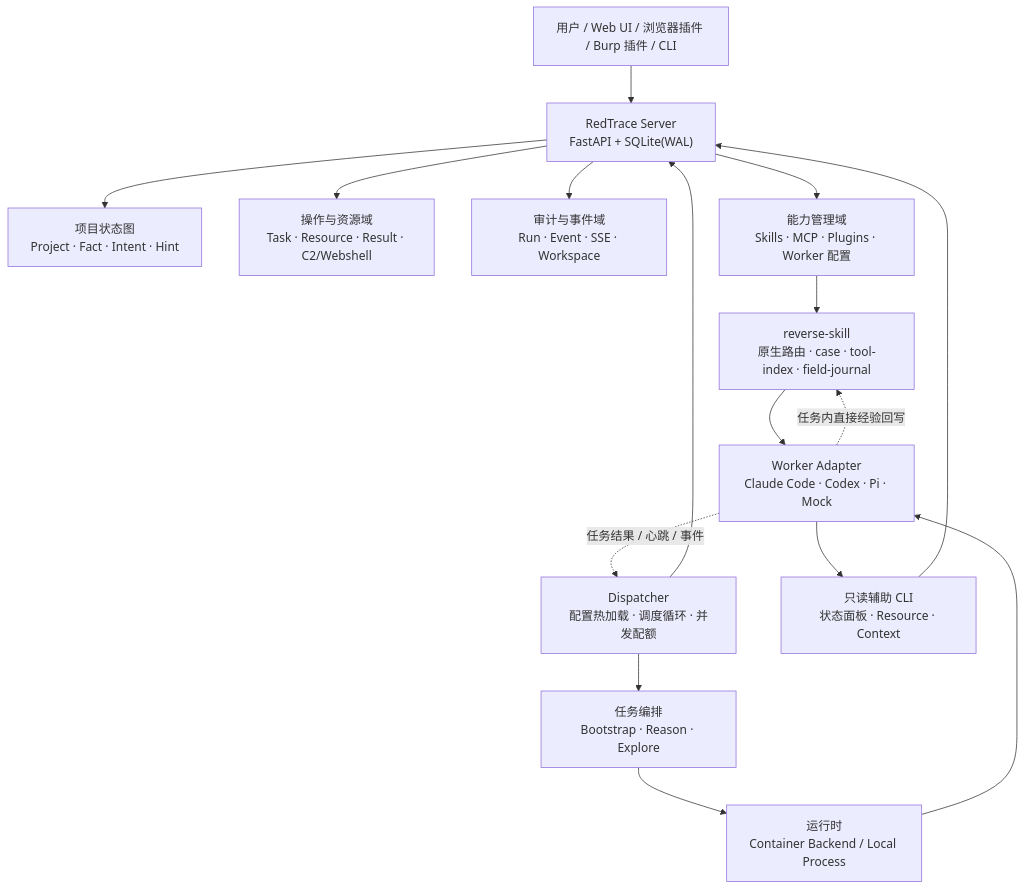
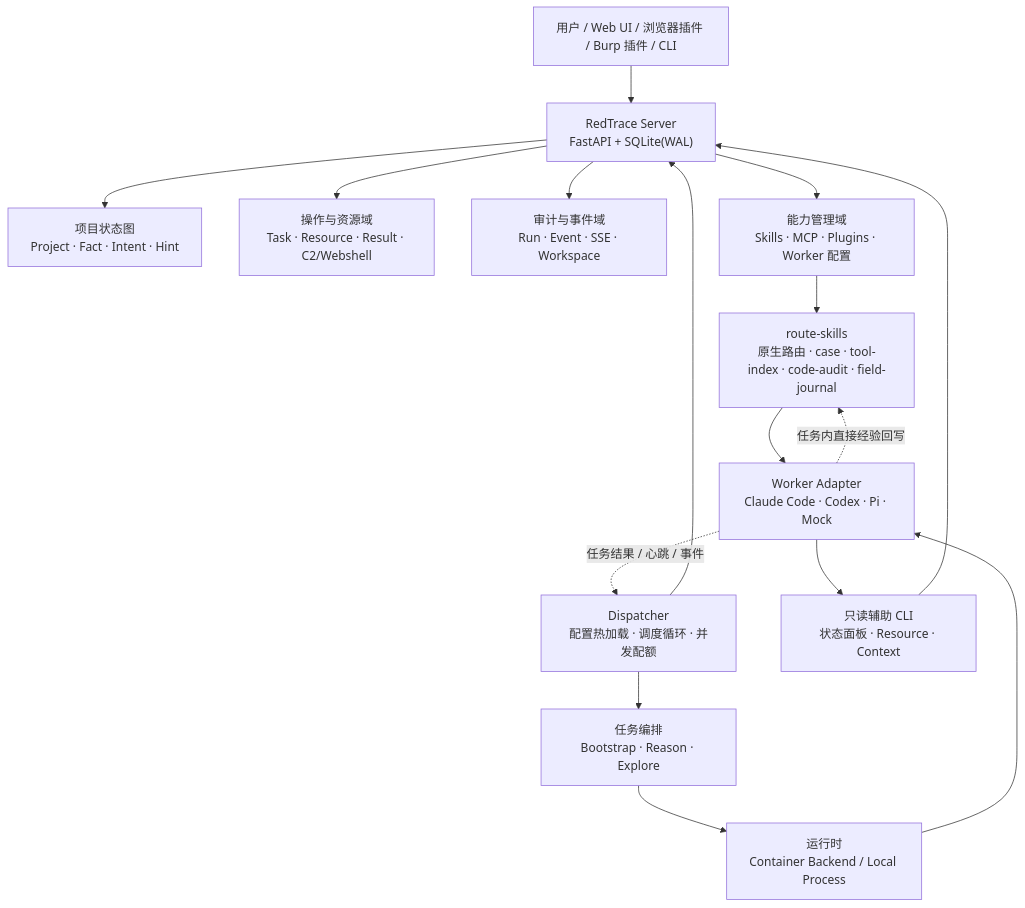
The diagram in README.md (0X6C7879/RedTrace), drawn with Mermaid before and after one commit. The commit also changed other lines of this file and 718 other files, not shown here.

First line of the commit message:
feat: rename reverse-skill to route-skills, add code-audit tools and MCP integration

````diff
--- a/README.md
+++ b/README.md
@@ -30,31 +30,31 @@
 ```mermaid
 flowchart TB
     U["用户 / Web UI / 浏览器插件 / Burp 插件 / CLI"]
     API["RedTrace Server<br/>FastAPI + SQLite(WAL)"]
     GRAPH["项目状态图<br/>Project · Fact · Intent · Hint"]
     OPS["操作与资源域<br/>Task · Resource · Result · C2/Webshell"]
     AUDIT["审计与事件域<br/>Run · Event · SSE · Workspace"]
     CAPS["能力管理域<br/>Skills · MCP · Plugins · Worker 配置"]
     D["Dispatcher<br/>配置热加载 · 调度循环 · 并发配额"]
     TASK["任务编排<br/>Bootstrap · Reason · Explore"]
     RT["运行时<br/>Container Backend / Local Process"]
     W["Worker Adapter<br/>Claude Code · Codex · Pi · Mock"]
     CLI["只读辅助 CLI<br/>状态面板 · Resource · Context"]
-    REV["reverse-skill<br/>原生路由 · case · tool-index · field-journal"]
+    REV["route-skills<br/>原生路由 · case · tool-index · code-audit · field-journal"]
 
     U --> API
     API --> GRAPH
     API --> OPS
     API --> AUDIT
     API --> CAPS
     D --> API
     D --> TASK
     TASK --> RT
     RT --> W
     W --> CLI
     CLI --> API
     CAPS --> REV
     REV --> W
     W -. "任务内直接经验回写" .-> REV
     W -. "任务结果 / 心跳 / 事件" .-> D
 ```
````
